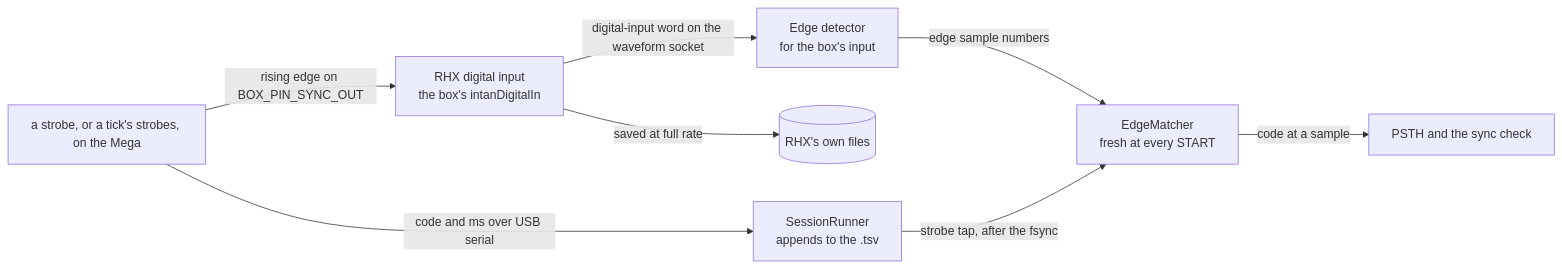
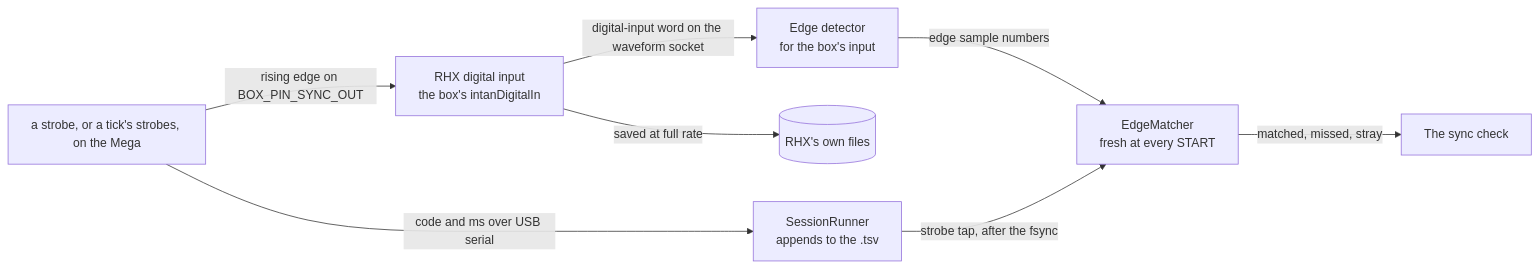
One commit to Chase-NJ/Ephymeris changed the first of 3 diagrams in docs/RECORDING.md. Above: the diagram before and after it, drawn with Mermaid. The commit also changed other lines of this file and 67 other files, not shown here.

````diff
--- a/docs/RECORDING.md
+++ b/docs/RECORDING.md
@@ -127,10 +121,10 @@
 ```mermaid
 flowchart LR
     emit["a strobe, or a tick's strobes, on the Mega"] -->|"rising edge on BOX_PIN_SYNC_OUT"| din["RHX digital input<br/>the box's intanDigitalIn"]
     emit -->|"code and ms over USB serial"| runner["SessionRunner<br/>appends to the .tsv"]
     din -->|"saved at full rate"| rhxFiles[("RHX's own files")]
     din -->|"digital-input word on the waveform socket"| detector["Edge detector<br/>for the box's input"]
     detector -->|"edge sample numbers"| matcher["EdgeMatcher<br/>fresh at every START"]
     runner -->|"strobe tap, after the fsync"| matcher
-    matcher -->|"code at a sample"| live["PSTH and the sync check"]
+    matcher -->|"matched, missed, stray"| live["The sync check"]
 ```
````
